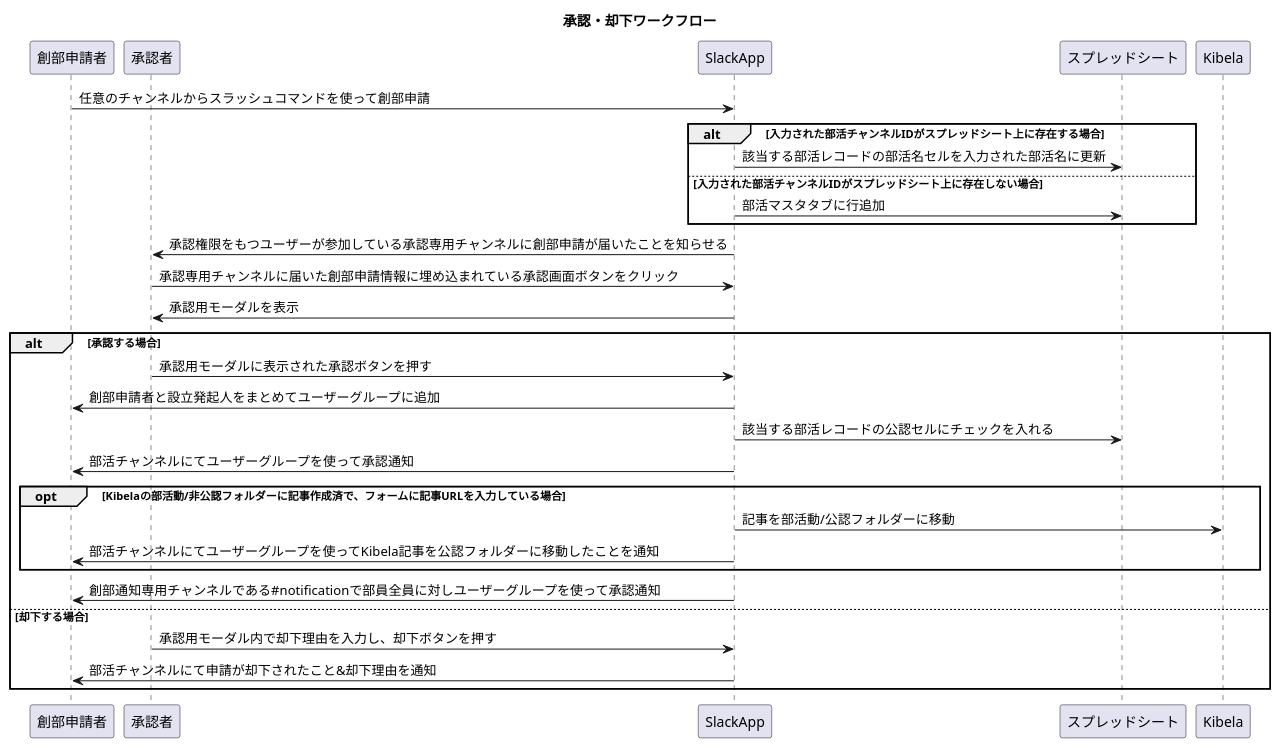
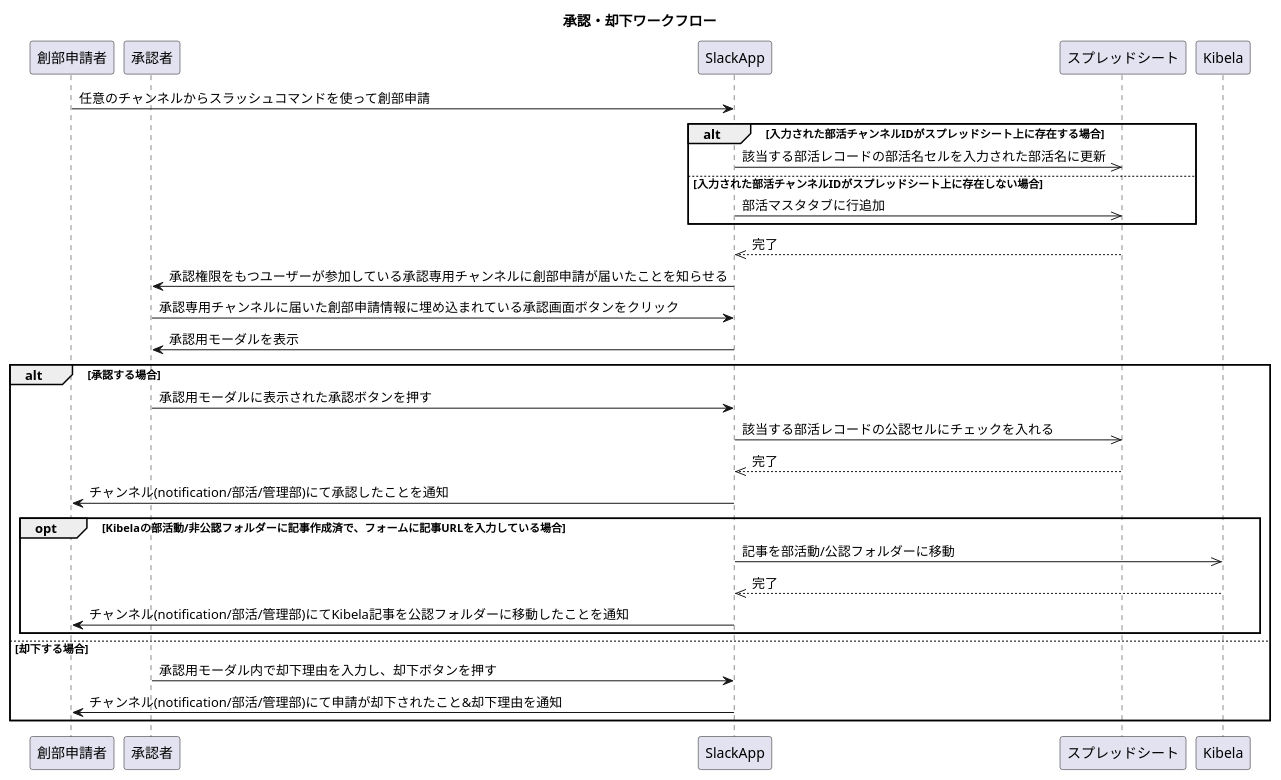
Before and after one commit to tam-bourine/club-entry-manager: the diagram in docs/sequence-diagram/ButtonFlow.pu, drawn with PlantUML. The commit also changed 1 other file, not shown here.

```diff
--- a/docs/sequence-diagram/ButtonFlow.pu
+++ b/docs/sequence-diagram/ButtonFlow.pu
@@ -1,30 +1,31 @@
 @startuml
 title 承認・却下ワークフロー
 
 participant 創部申請者
 participant 承認者
 
 創部申請者 -> SlackApp: 任意のチャンネルからスラッシュコマンドを使って創部申請
 alt 入力された部活チャンネルIDがスプレッドシート上に存在する場合
-    SlackApp -> スプレッドシート: 該当する部活レコードの部活名セルを入力された部活名に更新
+    SlackApp ->> スプレッドシート: 該当する部活レコードの部活名セルを入力された部活名に更新
 else 入力された部活チャンネルIDがスプレッドシート上に存在しない場合
-    SlackApp -> スプレッドシート: 部活マスタタブに行追加
+    SlackApp ->> スプレッドシート: 部活マスタタブに行追加
 end
+スプレッドシート -->> SlackApp: 完了
 SlackApp -> 承認者: 承認権限をもつユーザーが参加している承認専用チャンネルに創部申請が届いたことを知らせる
 承認者 -> SlackApp: 承認専用チャンネルに届いた創部申請情報に埋め込まれている承認画面ボタンをクリック
 SlackApp -> 承認者: 承認用モーダルを表示
 alt 承認する場合
     承認者 -> SlackApp: 承認用モーダルに表示された承認ボタンを押す
-    SlackApp -> 創部申請者: 創部申請者と設立発起人をまとめてユーザーグループに追加
-    SlackApp -> スプレッドシート: 該当する部活レコードの公認セルにチェックを入れる
-    SlackApp -> 創部申請者: 部活チャンネルにてユーザーグループを使って承認通知
+    SlackApp ->> スプレッドシート: 該当する部活レコードの公認セルにチェックを入れる
+    スプレッドシート -->> SlackApp: 完了
+    SlackApp -> 創部申請者: チャンネル(notification/部活/管理部)にて承認したことを通知
     opt Kibelaの部活動/非公認フォルダーに記事作成済で、フォームに記事URLを入力している場合
-        SlackApp -> Kibela: 記事を部活動/公認フォルダーに移動
-        創部申請者 <- SlackApp: 部活チャンネルにてユーザーグループを使ってKibela記事を公認フォルダーに移動したことを通知
+        SlackApp ->> Kibela: 記事を部活動/公認フォルダーに移動
+        Kibela -->> SlackApp: 完了
+        創部申請者 <- SlackApp:  チャンネル(notification/部活/管理部)にてKibela記事を公認フォルダーに移動したことを通知
     end
-    SlackApp -> 創部申請者: 創部通知専用チャンネルである#notificationで部員全員に対しユーザーグループを使って承認通知
 else 却下する場合
     承認者 -> SlackApp: 承認用モーダル内で却下理由を入力し、却下ボタンを押す
-    SlackApp -> 創部申請者: 部活チャンネルにて申請が却下されたこと&却下理由を通知
+    SlackApp -> 創部申請者: チャンネル(notification/部活/管理部)にて申請が却下されたこと&却下理由を通知
 end
 @enduml
```
